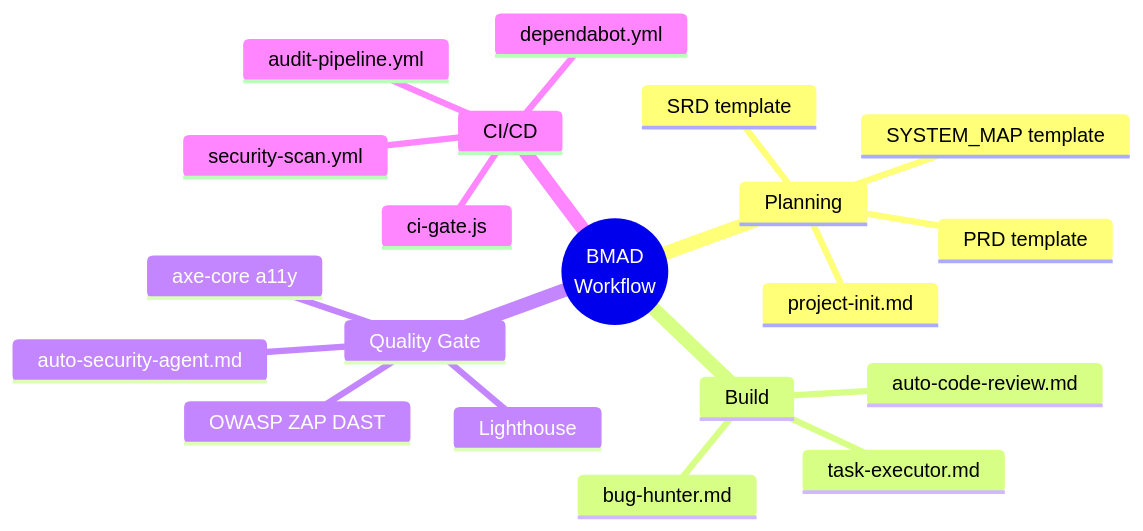
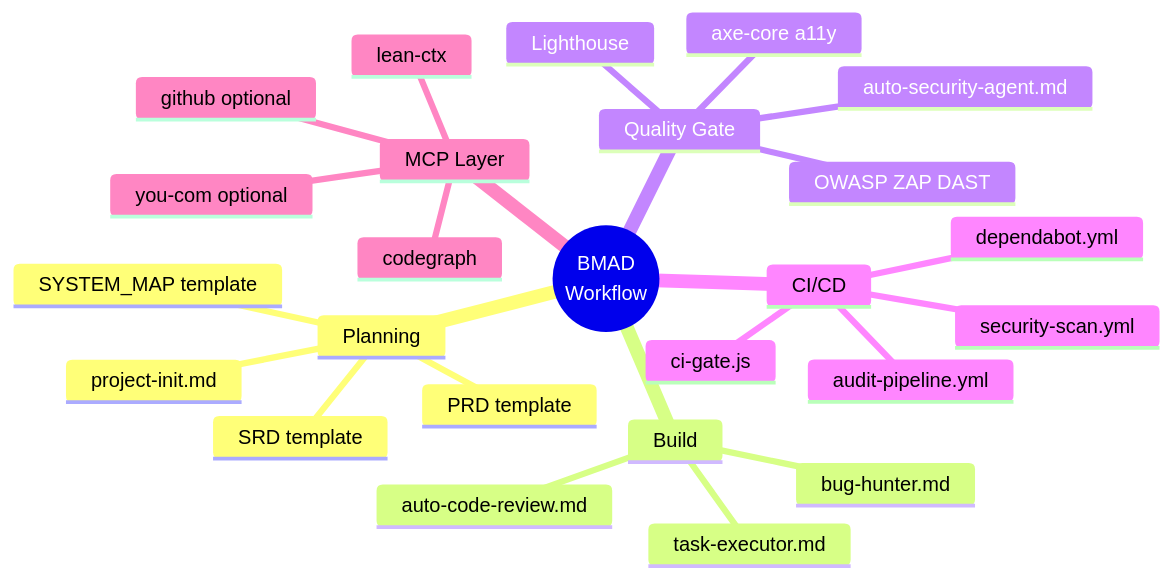
Before and after one commit to slamsmart/BMAD-Workflow-V.1.0: the third of 12 diagrams in WORKFLOW_GUIDE.md, drawn with Mermaid. The commit also changed other lines of this file and 2 other files, not shown here.

````diff
--- a/WORKFLOW_GUIDE.md
+++ b/WORKFLOW_GUIDE.md
@@ -55,23 +75,28 @@
 ```mermaid
 mindmap
   root((BMAD<br/>Workflow))
     Planning
       project-init.md
       PRD template
       SRD template
       SYSTEM_MAP template
     Build
       task-executor.md
       auto-code-review.md
       bug-hunter.md
     Quality Gate
       auto-security-agent.md
       OWASP ZAP DAST
       Lighthouse
       axe-core a11y
     CI/CD
       audit-pipeline.yml
       security-scan.yml
       ci-gate.js
       dependabot.yml
+    MCP Layer
+      lean-ctx
+      codegraph
+      you-com optional
+      github optional
 ```
````
